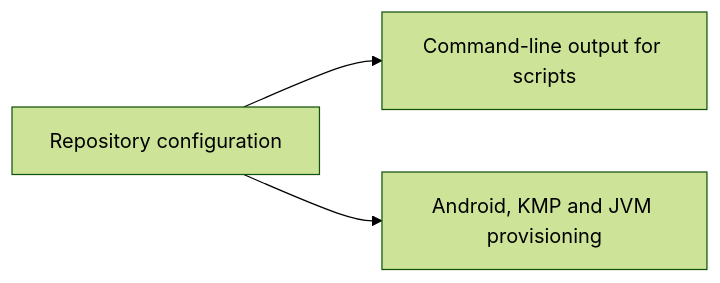
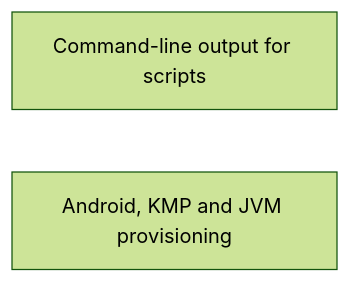
One commit to LuxionServer/ShogunAi changed the diagram in docs/roadmap.md. Above: the diagram before and after it, drawn with Mermaid (forest theme). The commit also changed other lines of this file and 39 other files, not shown here.

````diff
--- a/docs/roadmap.md
+++ b/docs/roadmap.md
@@ -19,5 +19,5 @@
 ```mermaid
 graph LR
-    A["Repository configuration"] --> B["Command-line output for scripts"]
-    A --> D["Android, KMP and JVM provisioning"]
+    B["Command-line output for scripts"]
+    D["Android, KMP and JVM provisioning"]
 ```
````
